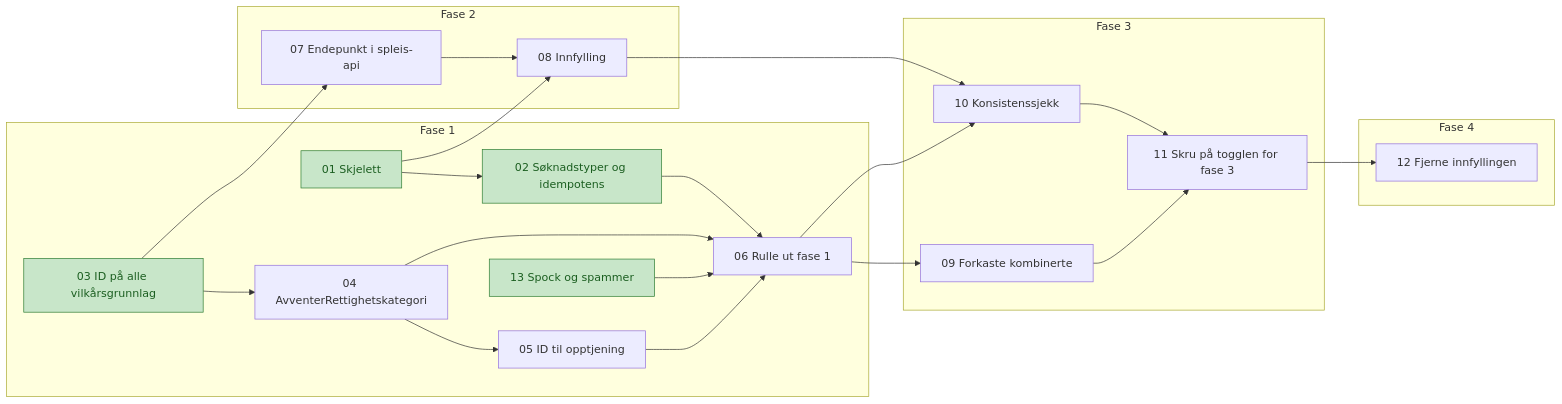
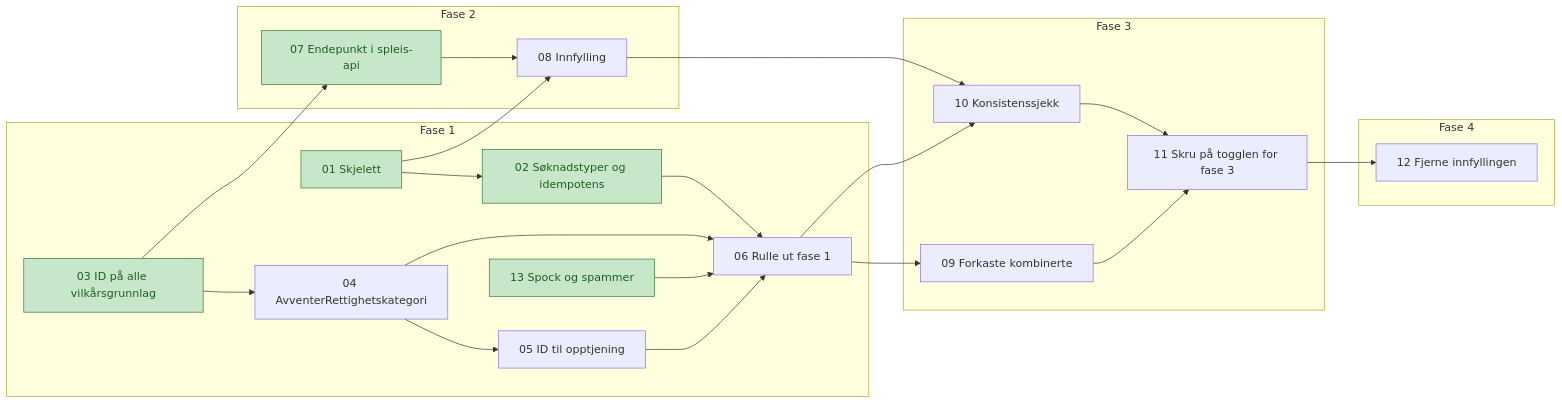
The diagram in docs/tickets/avklare-rettighetskategori/index.md (navikt/helse-sas-meta), drawn with Mermaid before and after one commit. The commit also changed other lines of this file and 2 other files, not shown here.

Commit message:
✅ Ticket 07 for rettighetskategori er ferdig
Testen med minimalt vilkårsgrunnlag er flyttet til ticket 04.

````diff
--- a/docs/tickets/avklare-rettighetskategori/index.md
+++ b/docs/tickets/avklare-rettighetskategori/index.md
@@ -21,31 +21,31 @@
 ```mermaid
 flowchart LR
     subgraph F1[Fase 1]
         T01[01 Skjelett] --> T02[02 Søknadstyper og idempotens]
         T03[03 ID på alle vilkårsgrunnlag] --> T04[04 AvventerRettighetskategori]
         T04 --> T05[05 ID til opptjening]
         T02 --> T06[06 Rulle ut fase 1]
         T04 --> T06
         T05 --> T06
         T13[13 Spock og spammer] --> T06
     end
     subgraph F2[Fase 2]
         T07[07 Endepunkt i spleis-api] --> T08[08 Innfylling]
     end
     subgraph F3[Fase 3]
         T09[09 Forkaste kombinerte] --> T11[11 Skru på togglen for fase 3]
         T10[10 Konsistenssjekk] --> T11
     end
     subgraph F4[Fase 4]
         T12[12 Fjerne innfyllingen]
     end
     T03 --> T07
     T01 --> T08
     T06 --> T09
     T06 --> T10
     T08 --> T10
     T11 --> T12
 
     classDef ferdig fill:#c8e6c9,stroke:#2e7d32,color:#1b5e20
-    class T01,T02,T13,T03 ferdig
+    class T01,T02,T07,T13,T03 ferdig
 ```
````
